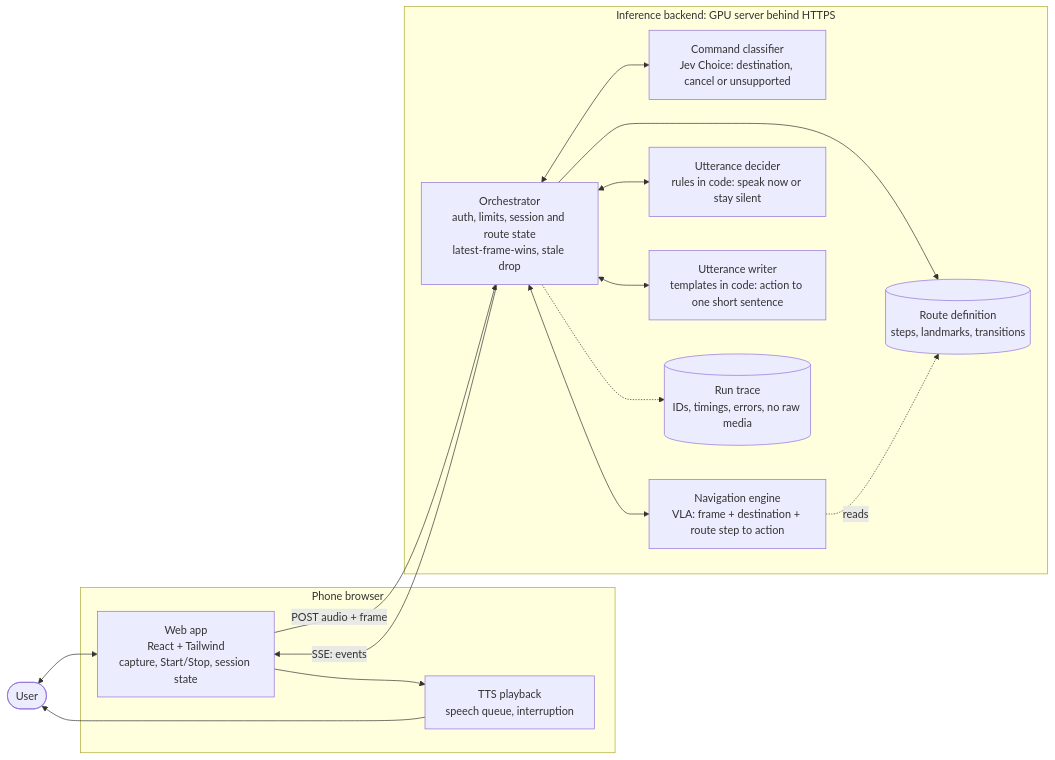
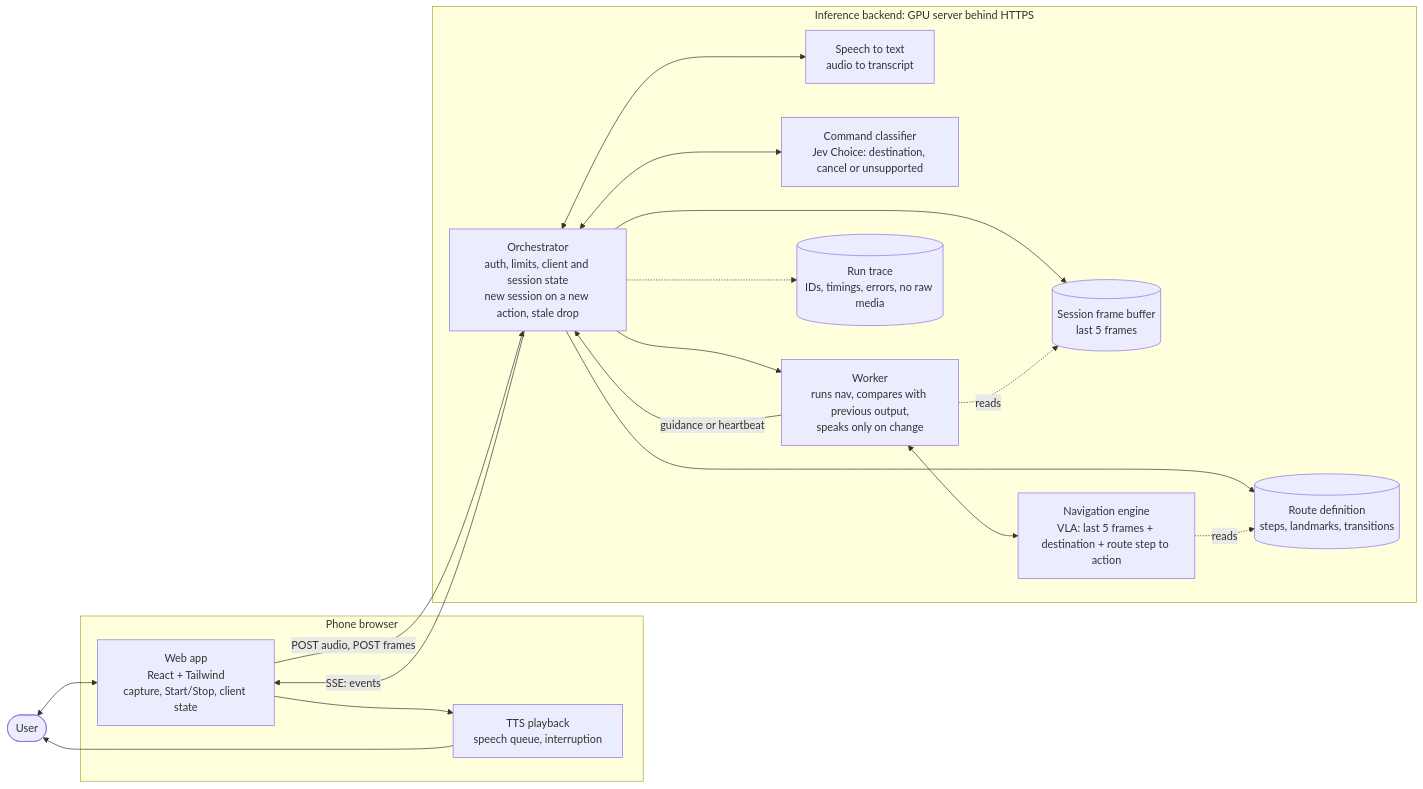
Before and after one commit to tungsten-united/project-description: the second of 3 diagrams in docs/architecture.md, drawn with Mermaid. The commit also changed other lines of this file, not shown here.

Commit message:
Architecture: STT, session frame buffer and worker in the diagrams

````diff
--- a/docs/architecture.md
+++ b/docs/architecture.md
@@ -24,33 +26,37 @@
 ```mermaid
 flowchart LR
   user(["User"])
 
   subgraph phone["Phone browser"]
-    app["Web app<br/>React + Tailwind<br/>capture, Start/Stop, session state"]
+    app["Web app<br/>React + Tailwind<br/>capture, Start/Stop, client state"]
     tts["TTS playback<br/>speech queue, interruption"]
   end
 
   subgraph backend["Inference backend: GPU server behind HTTPS"]
-    orch["Orchestrator<br/>auth, limits, session and route state<br/>latest-frame-wins, stale drop"]
+    orch["Orchestrator<br/>auth, limits, client and session state<br/>new session on a new action, stale drop"]
+    stt["Speech to text<br/>audio to transcript"]
     cmd["Command classifier<br/>Jev Choice: destination, cancel or unsupported"]
-    nav["Navigation engine<br/>VLA: frame + destination + route step to action"]
-    dec["Utterance decider<br/>rules in code: speak now or stay silent"]
-    wri["Utterance writer<br/>templates in code: action to one short sentence"]
+    buf[("Session frame buffer<br/>last 5 frames")]
+    wrk["Worker<br/>runs nav, compares with previous output,<br/>speaks only on change"]
+    nav["Navigation engine<br/>VLA: last 5 frames + destination + route step to action"]
     route[("Route definition<br/>steps, landmarks, transitions")]
     trace[("Run trace<br/>IDs, timings, errors, no raw media")]
   end
 
   user <--> app
-  app -->|"POST audio + frame"| orch
+  app -->|"POST audio, POST frames"| orch
   orch -->|"SSE: events"| app
   app --> tts
   tts --> user
 
+  orch <--> stt
   orch <--> cmd
-  orch <--> nav
-  orch <--> dec
-  orch <--> wri
+  orch --> buf
+  orch --> wrk
+  wrk -.->|"reads"| buf
+  wrk <--> nav
+  wrk -->|"guidance or heartbeat"| orch
   orch --> route
   nav -.->|"reads"| route
   orch -.-> trace
 ```
````
